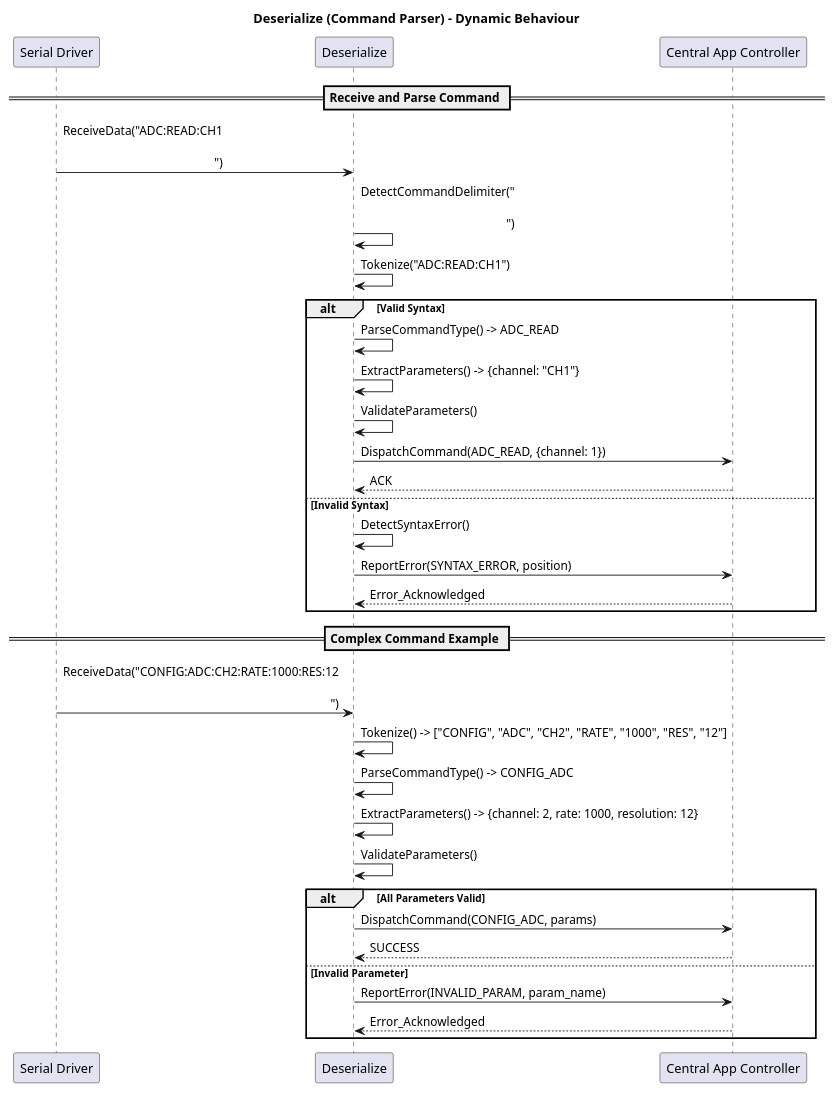
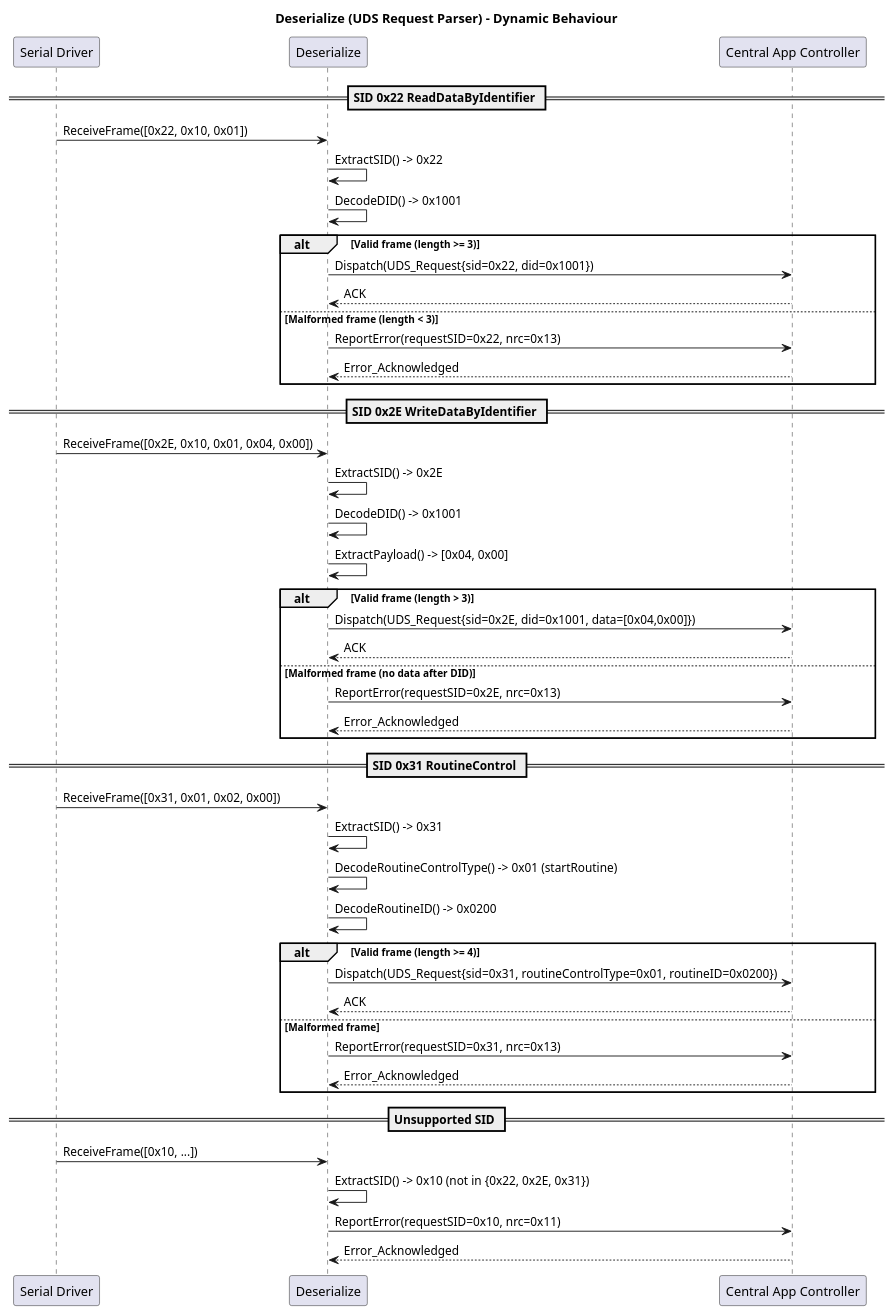
One commit to LinhTrucVo/Bico_Protocol_Bridge changed the diagram in 2_architecture/fucntionView/layer2Service/deserialize/dynamicBehaviour.puml. Above: the diagram before and after it, drawn with PlantUML. The commit also changed 8 other files, not shown here.

```diff
--- a/2_architecture/fucntionView/layer2Service/deserialize/dynamicBehaviour.puml
+++ b/2_architecture/fucntionView/layer2Service/deserialize/dynamicBehaviour.puml
@@ -1,40 +1,52 @@
 @startuml
-title Deserialize (Command Parser) - Dynamic Behaviour
+title Deserialize (UDS Request Parser) - Dynamic Behaviour
 
 participant "Serial Driver" as SD
 participant "Deserialize" as DES
 participant "Central App Controller" as CAC
 
-== Receive and Parse Command ==
-SD -> DES : ReceiveData("ADC:READ:CH1\r\n")
-DES -> DES : DetectCommandDelimiter("\r\n")
-DES -> DES : Tokenize("ADC:READ:CH1")
-
-alt Valid Syntax
-    DES -> DES : ParseCommandType() -> ADC_READ
-    DES -> DES : ExtractParameters() -> {channel: "CH1"}
-    DES -> DES : ValidateParameters()
-    DES -> CAC : DispatchCommand(ADC_READ, {channel: 1})
+== SID 0x22 ReadDataByIdentifier ==
+SD -> DES : ReceiveFrame([0x22, 0x10, 0x01])
+DES -> DES : ExtractSID() -> 0x22
+DES -> DES : DecodeDID() -> 0x1001
+alt Valid frame (length >= 3)
+    DES -> CAC : Dispatch(UDS_Request{sid=0x22, did=0x1001})
     CAC --> DES : ACK
-else Invalid Syntax
-    DES -> DES : DetectSyntaxError()
-    DES -> CAC : ReportError(SYNTAX_ERROR, position)
+else Malformed frame (length < 3)
+    DES -> CAC : ReportError(requestSID=0x22, nrc=0x13)
     CAC --> DES : Error_Acknowledged
 end
 
-== Complex Command Example ==
-SD -> DES : ReceiveData("CONFIG:ADC:CH2:RATE:1000:RES:12\r\n")
-DES -> DES : Tokenize() -> ["CONFIG", "ADC", "CH2", "RATE", "1000", "RES", "12"]
-DES -> DES : ParseCommandType() -> CONFIG_ADC
-DES -> DES : ExtractParameters() -> {channel: 2, rate: 1000, resolution: 12}
-DES -> DES : ValidateParameters()
-
-alt All Parameters Valid
-    DES -> CAC : DispatchCommand(CONFIG_ADC, params)
-    CAC --> DES : SUCCESS
-else Invalid Parameter
-    DES -> CAC : ReportError(INVALID_PARAM, param_name)
+== SID 0x2E WriteDataByIdentifier ==
+SD -> DES : ReceiveFrame([0x2E, 0x10, 0x01, 0x04, 0x00])
+DES -> DES : ExtractSID() -> 0x2E
+DES -> DES : DecodeDID() -> 0x1001
+DES -> DES : ExtractPayload() -> [0x04, 0x00]
+alt Valid frame (length > 3)
+    DES -> CAC : Dispatch(UDS_Request{sid=0x2E, did=0x1001, data=[0x04,0x00]})
+    CAC --> DES : ACK
+else Malformed frame (no data after DID)
+    DES -> CAC : ReportError(requestSID=0x2E, nrc=0x13)
     CAC --> DES : Error_Acknowledged
 end
 
+== SID 0x31 RoutineControl ==
+SD -> DES : ReceiveFrame([0x31, 0x01, 0x02, 0x00])
+DES -> DES : ExtractSID() -> 0x31
+DES -> DES : DecodeRoutineControlType() -> 0x01 (startRoutine)
+DES -> DES : DecodeRoutineID() -> 0x0200
+alt Valid frame (length >= 4)
+    DES -> CAC : Dispatch(UDS_Request{sid=0x31, routineControlType=0x01, routineID=0x0200})
+    CAC --> DES : ACK
+else Malformed frame
+    DES -> CAC : ReportError(requestSID=0x31, nrc=0x13)
+    CAC --> DES : Error_Acknowledged
+end
+
+== Unsupported SID ==
+SD -> DES : ReceiveFrame([0x10, ...])
+DES -> DES : ExtractSID() -> 0x10 (not in {0x22, 0x2E, 0x31})
+DES -> CAC : ReportError(requestSID=0x10, nrc=0x11)
+CAC --> DES : Error_Acknowledged
+
 @enduml
```
